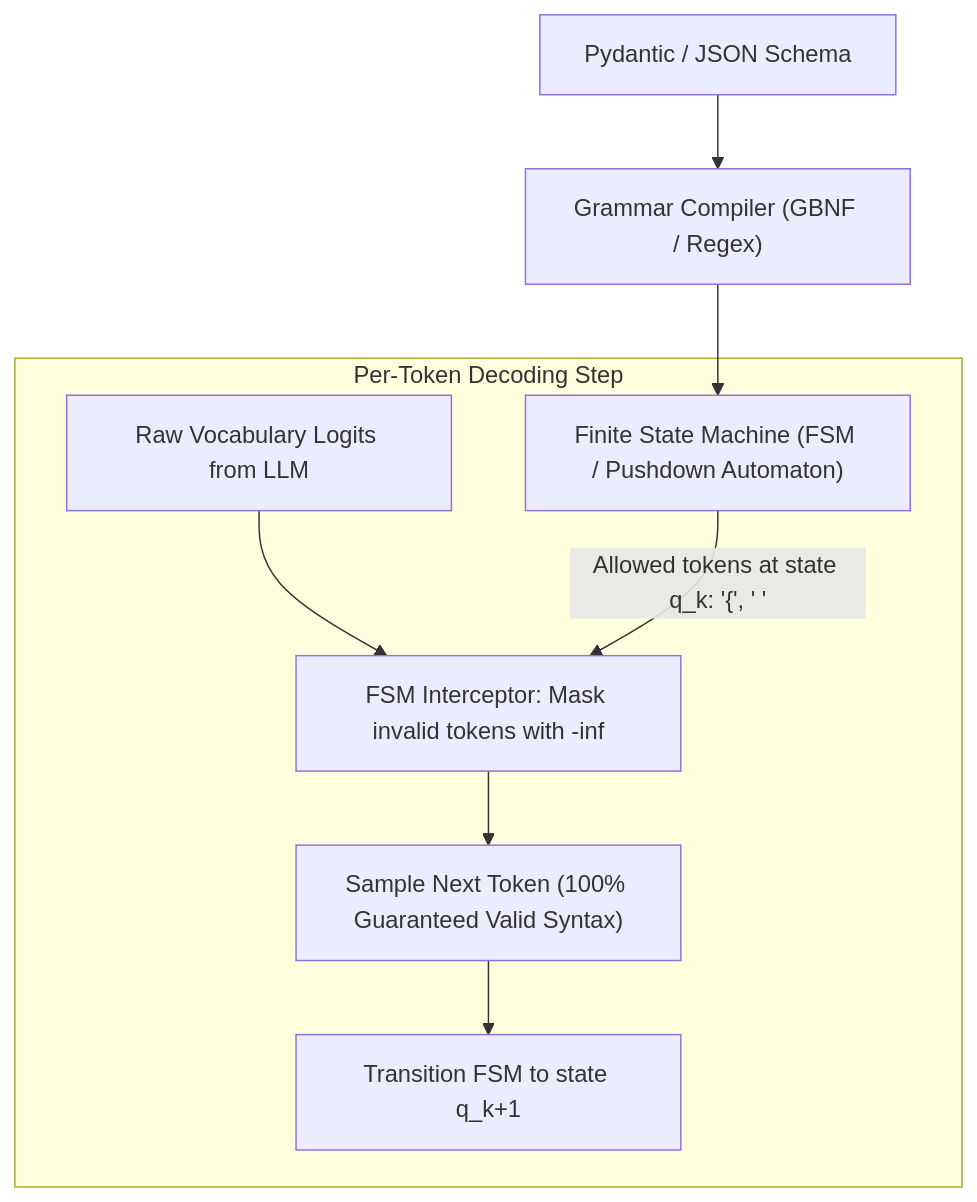
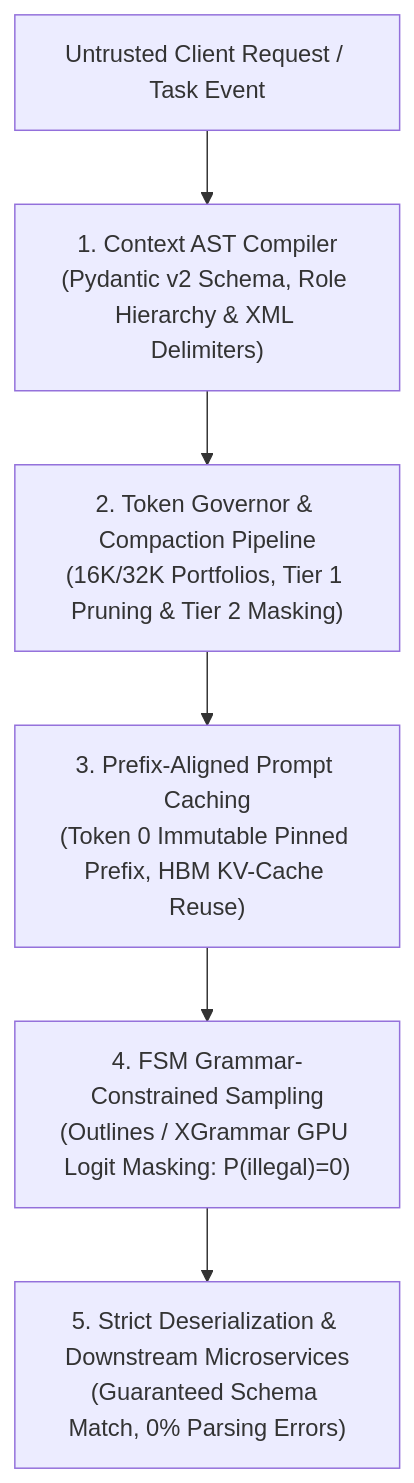
The diagram in 01-prompt-and-context-engineering/README.md (dip4k/senior-engineer-to-ai-engineer-roadmap), drawn with Mermaid before and after one commit. The commit also changed other lines of this file and 20 other files, not shown here.

First line of the commit message:
feat(curriculum): refactor Phase 01 into modular lessons and harden context pipeline

````diff
--- a/01-prompt-and-context-engineering/README.md
+++ b/01-prompt-and-context-engineering/README.md
@@ -671,12 +24,12 @@
 ```mermaid
 flowchart TD
-    Schema["Pydantic / JSON Schema"] --> Compiler["Grammar Compiler (GBNF / Regex)"]
-    Compiler --> FSM["Finite State Machine (FSM / Pushdown Automaton)"]
+    User["Untrusted Client Request / Task Event"] --> AST["1. Context AST Compiler<br>(Pydantic v2 Schema, Role Hierarchy & XML Delimiters)"]
     
-    subgraph SamplingLoop["Per-Token Decoding Step"]
-        LLM_Logits["Raw Vocabulary Logits from LLM"] --> Masking["FSM Interceptor: Mask invalid tokens with -inf"]
-        FSM -->|"Allowed tokens at state q_k: '{', ' ' "| Masking
-        Masking --> Sampled["Sample Next Token (100% Guaranteed Valid Syntax)"]
-        Sampled --> Advance["Transition FSM to state q_k+1"]
-    end
+    AST --> Gov["2. Token Governor & Compaction Pipeline<br>(16K/32K Portfolios, Tier 1 Pruning & Tier 2 Masking)"]
+    
+    Gov --> Cache["3. Prefix-Aligned Prompt Caching<br>(Token 0 Immutable Pinned Prefix, HBM KV-Cache Reuse)"]
+    
+    Cache --> Sampling["4. FSM Grammar-Constrained Sampling<br>(Outlines / XGrammar GPU Logit Masking: P(illegal)=0)"]
+    
+    Sampling --> Out["5. Strict Deserialization & Downstream Microservices<br>(Guaranteed Schema Match, 0% Parsing Errors)"]
 ```
````
